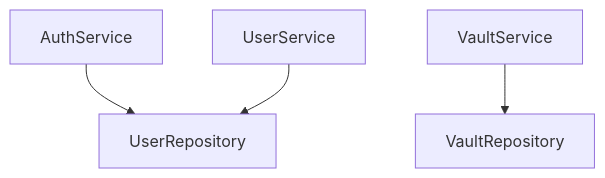
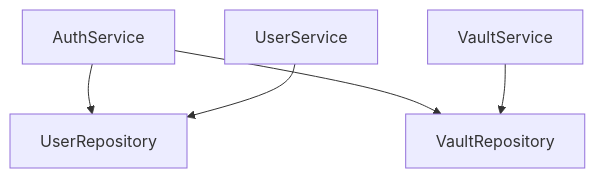
Before and after one commit to Giankrp/AlcatrazBack: the diagram in internal/services/README.md, drawn with Mermaid. The commit also changed other lines of this file and 6 other files, not shown here.

Commit message:
docs: update and standardize architectural documentation for Zero Knowledge models and API routes

````diff
--- a/internal/services/README.md
+++ b/internal/services/README.md
@@ -147,6 +102,7 @@
 ```mermaid
 graph TD
     AuthService --> UserRepository
+    AuthService --> VaultRepository
     VaultService --> VaultRepository
     UserService --> UserRepository
 ```
````
